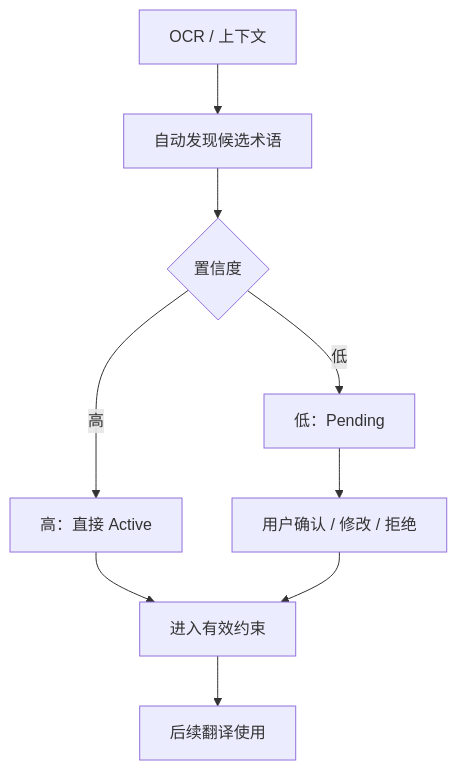
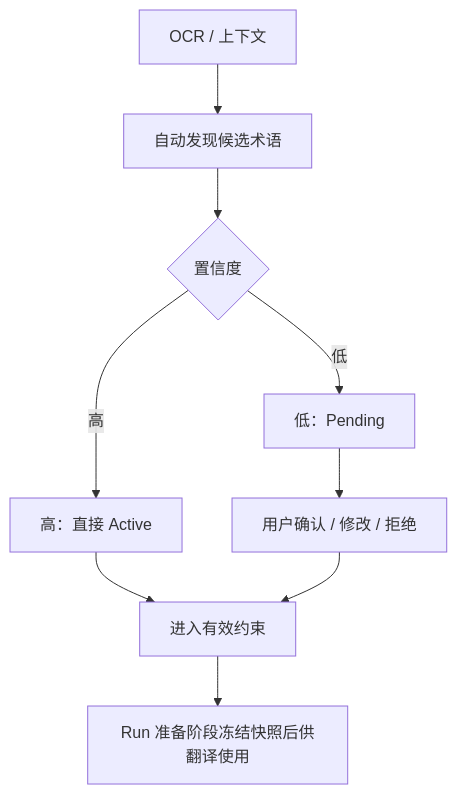
Before and after one commit to peakwheat-pixel/New-Manga: diagram 12 of 27 in doc/04_USER_FLOW.md, drawn with Mermaid. The commit also changed other lines of this file and 13 other files, not shown here.

````diff
--- a/doc/04_USER_FLOW.md
+++ b/doc/04_USER_FLOW.md
@@ -735,17 +735,17 @@
 ```mermaid
 flowchart TB
 
     A["OCR / 上下文"]
     B["自动发现候选术语"]
     C{"置信度"}
     D["高：直接 Active"]
     E["低：Pending"]
     F["用户确认 / 修改 / 拒绝"]
     G["进入有效约束"]
-    H["后续翻译使用"]
+    H["Run 准备阶段冻结快照后供翻译使用"]
 
     A --> B --> C
     C -->|"高"| D --> G
     C -->|"低"| E --> F --> G
     G --> H
 ```
````
